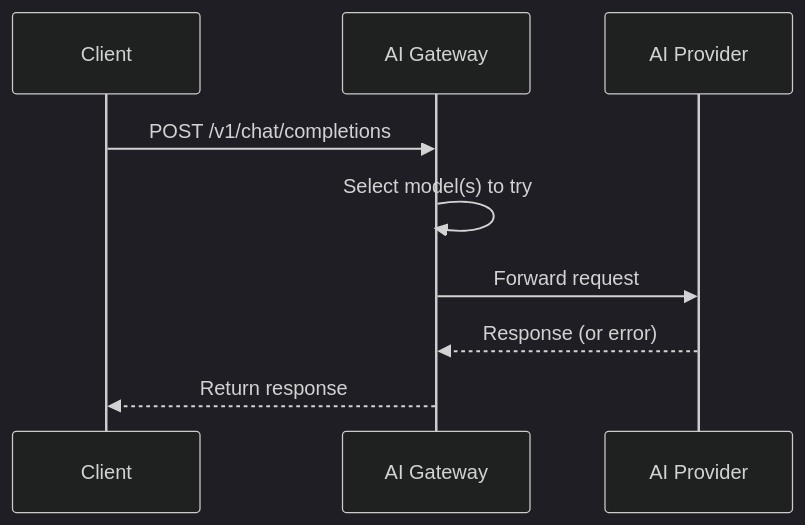
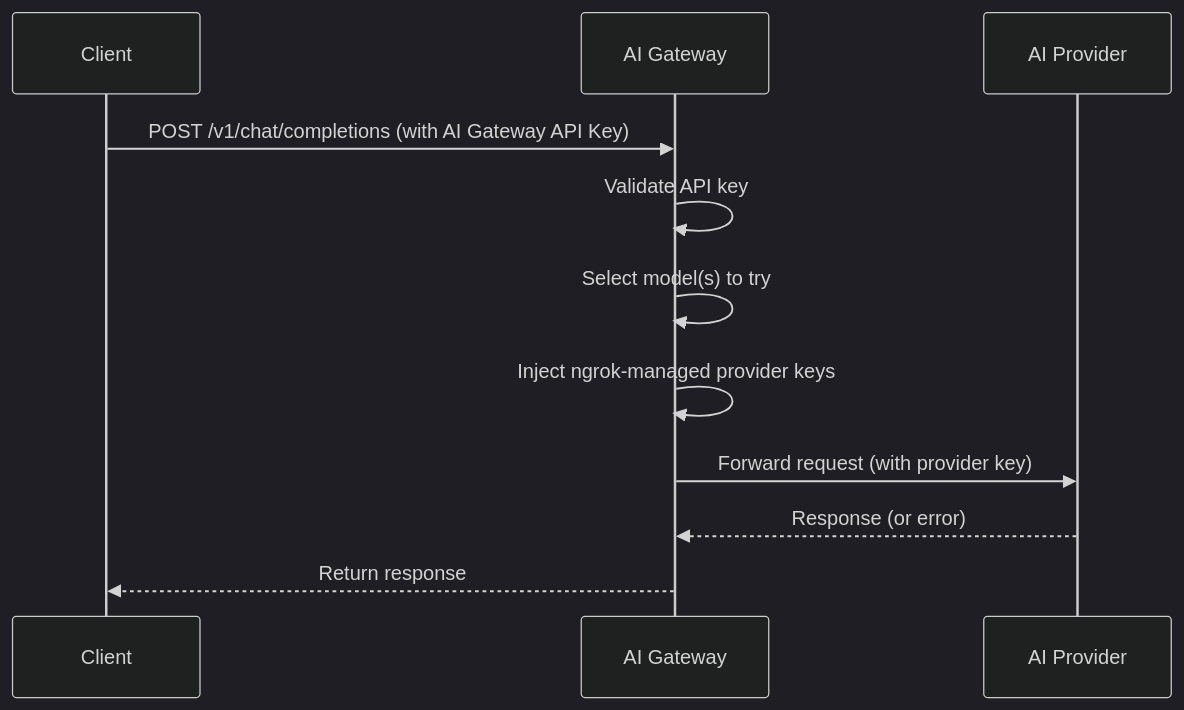
The first of 2 diagrams in ai-gateway/how-it-works.mdx (ngrok/ngrok-docs), drawn with Mermaid (dark theme) before and after one commit. The commit also changed other lines of this file and 27 other files, not shown here.

First line of the commit message:
docs: restructure AI Gateway docs for API Keys + Credits (AIG-605)

````diff
--- a/ai-gateway/how-it-works.mdx
+++ b/ai-gateway/how-it-works.mdx
@@ -11,12 +11,14 @@
 ```mermaid
 sequenceDiagram
     participant Client
     participant Gateway as AI Gateway
     participant Provider as AI Provider
 
-    Client->>Gateway: POST /v1/chat/completions
+    Client->>Gateway: POST /v1/chat/completions (with AI Gateway API Key)
+    Gateway->>Gateway: Validate API key
     Gateway->>Gateway: Select model(s) to try
-    Gateway->>Provider: Forward request
+    Gateway->>Gateway: Inject ngrok-managed provider keys
+    Gateway->>Provider: Forward request (with provider key)
     Provider-->>Gateway: Response (or error)
     Gateway-->>Client: Return response
 ```
````
